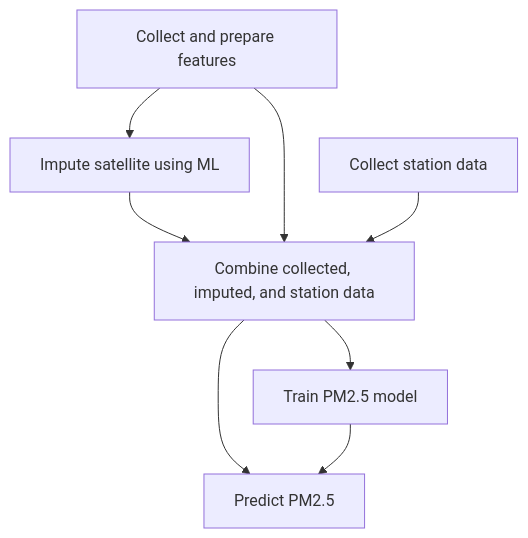
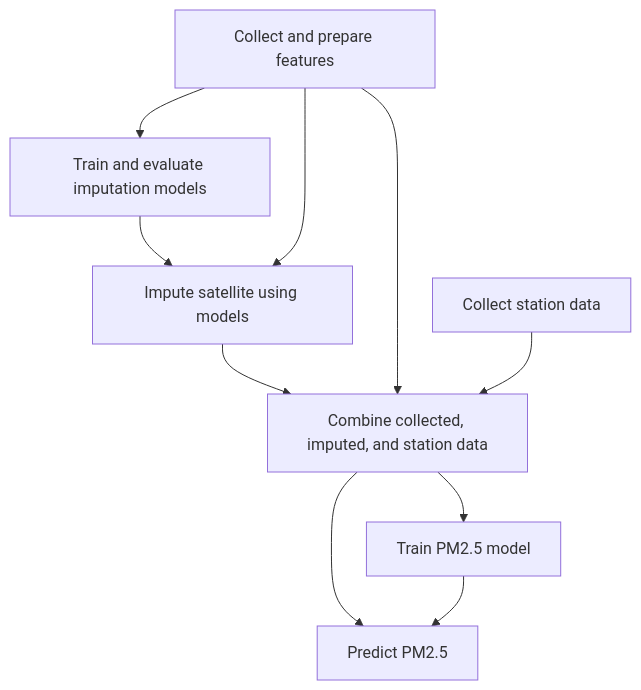
The first of 5 diagrams in README.md (energyandcleanair/india_map), drawn with Mermaid before and after one commit. The commit also changed other lines of this file, not shown here.

````diff
--- a/README.md
+++ b/README.md
@@ -79,23 +113,27 @@
 ```mermaid
 %%{init: {"flowchart": {"htmlLabels": false}} }%%
 flowchart TB
   collect_station_data["Collect station data"]
   collect_features["Collect and prepare features"]
-  impute_satellite["Impute satellite using ML"]
+  impute_satellite["Impute satellite using models"]
+  train_imputation_models["Train and evaluate imputation models"]
   train_pm25_model["Train PM2.5 model"]
   predict_pm25["Predict PM2.5"]
   recombine_datasets["Combine collected, imputed, and station data"]
 
+  train_imputation_models --> impute_satellite
+
   collect_features --> impute_satellite
+  collect_features --> train_imputation_models
 
   impute_satellite --> recombine_datasets
   
   recombine_datasets --> train_pm25_model
   recombine_datasets --> predict_pm25
 
   collect_features --> recombine_datasets
   collect_station_data --> recombine_datasets
 
   train_pm25_model --> predict_pm25
 
 ```
````
